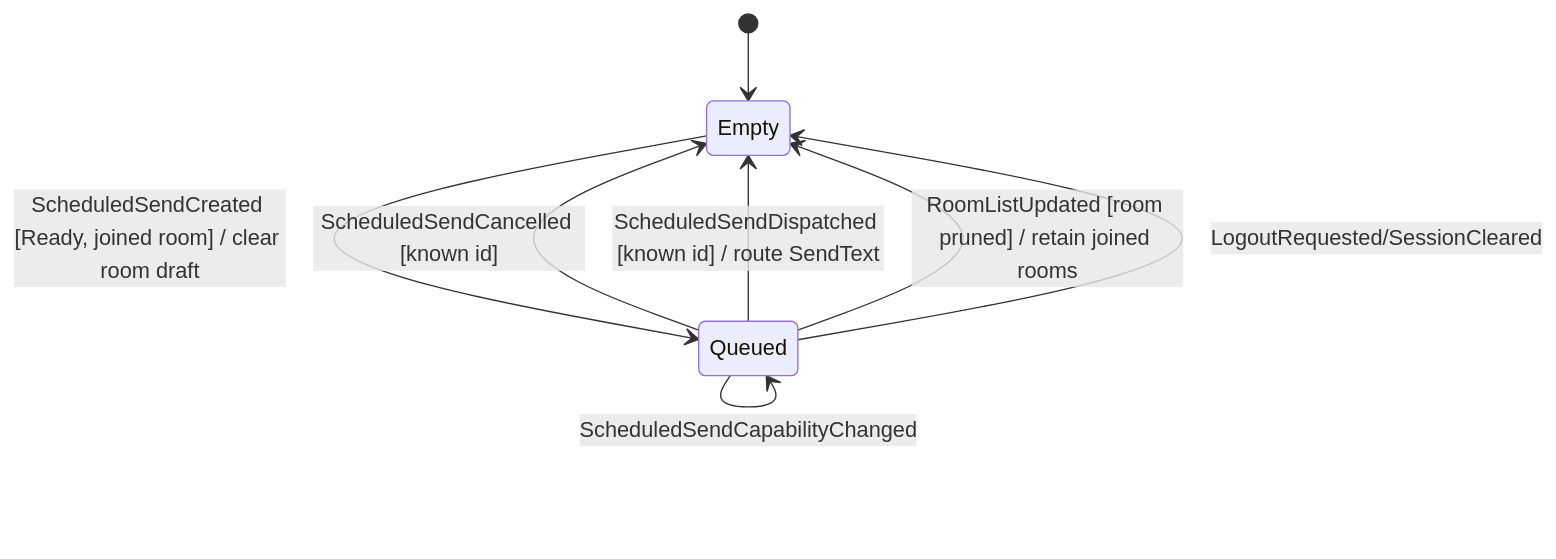
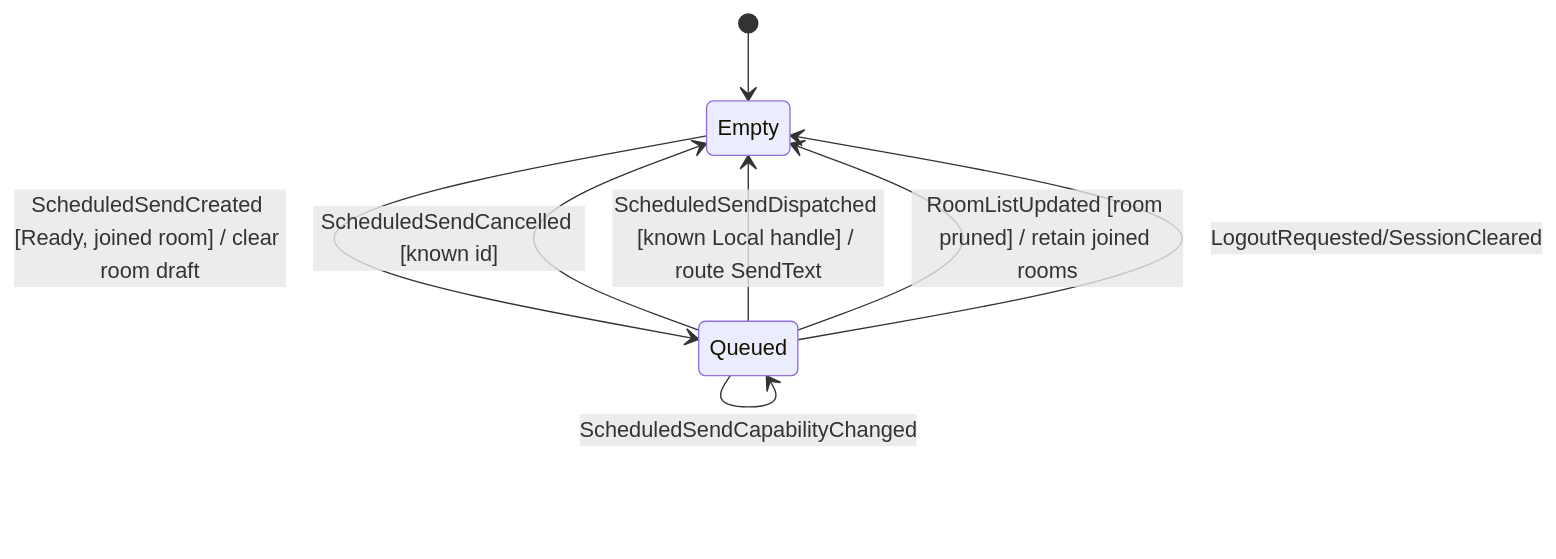
Before and after one commit to shinaoka/koushi-matrix: the seventh of 33 diagrams in docs/architecture/state-machine.md, drawn with Mermaid. The commit also changed other lines of this file and 10 other files, not shown here.

Commit message:
feat: add scheduled send MSC4140 routing

````diff
--- a/docs/architecture/state-machine.md
+++ b/docs/architecture/state-machine.md
@@ -249,12 +258,12 @@
 ```mermaid
 stateDiagram-v2
     [*] --> Empty
     Empty --> Queued: ScheduledSendCreated [Ready, joined room] / clear room draft
     Queued --> Queued: ScheduledSendCreated [same or other joined room]
     Queued --> Queued: ScheduledSendRescheduled [known id]
     Queued --> Queued: ScheduledSendCapabilityChanged
     Queued --> Empty: ScheduledSendCancelled [known id]
-    Queued --> Empty: ScheduledSendDispatched [known id] / route SendText
+    Queued --> Empty: ScheduledSendDispatched [known Local handle] / route SendText
     Queued --> Empty: RoomListUpdated [room pruned] / retain joined rooms
     Queued --> Empty: LogoutRequested/SessionCleared
 ```
````
